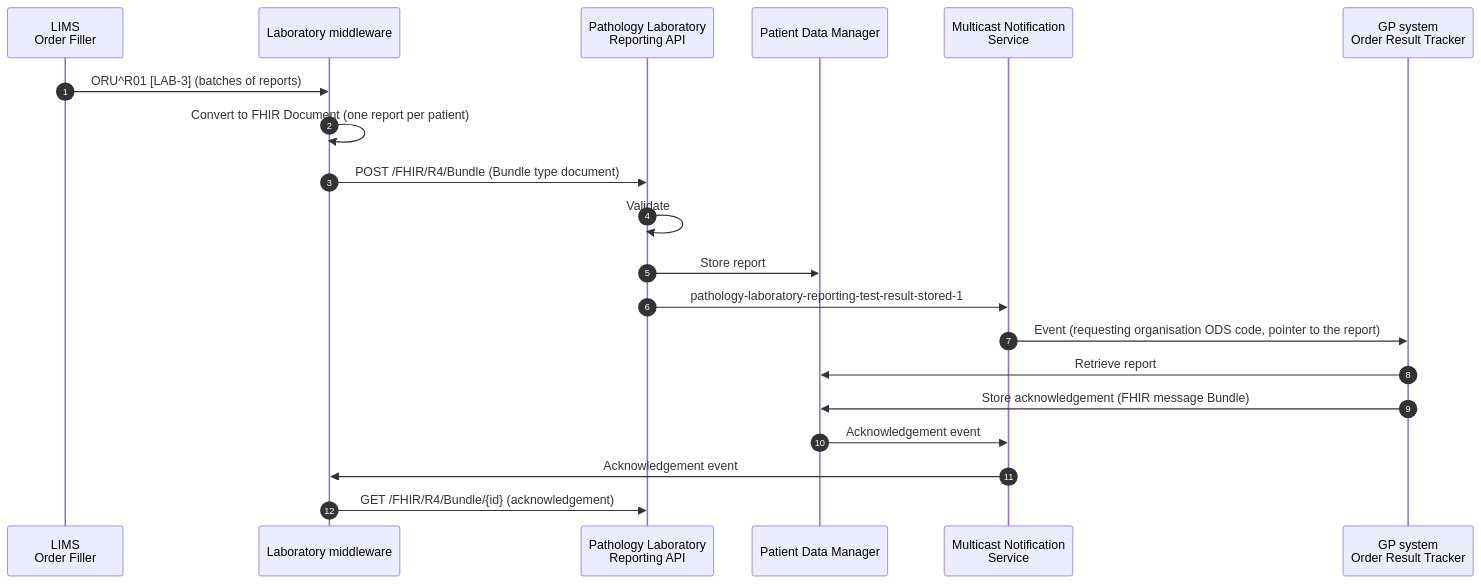
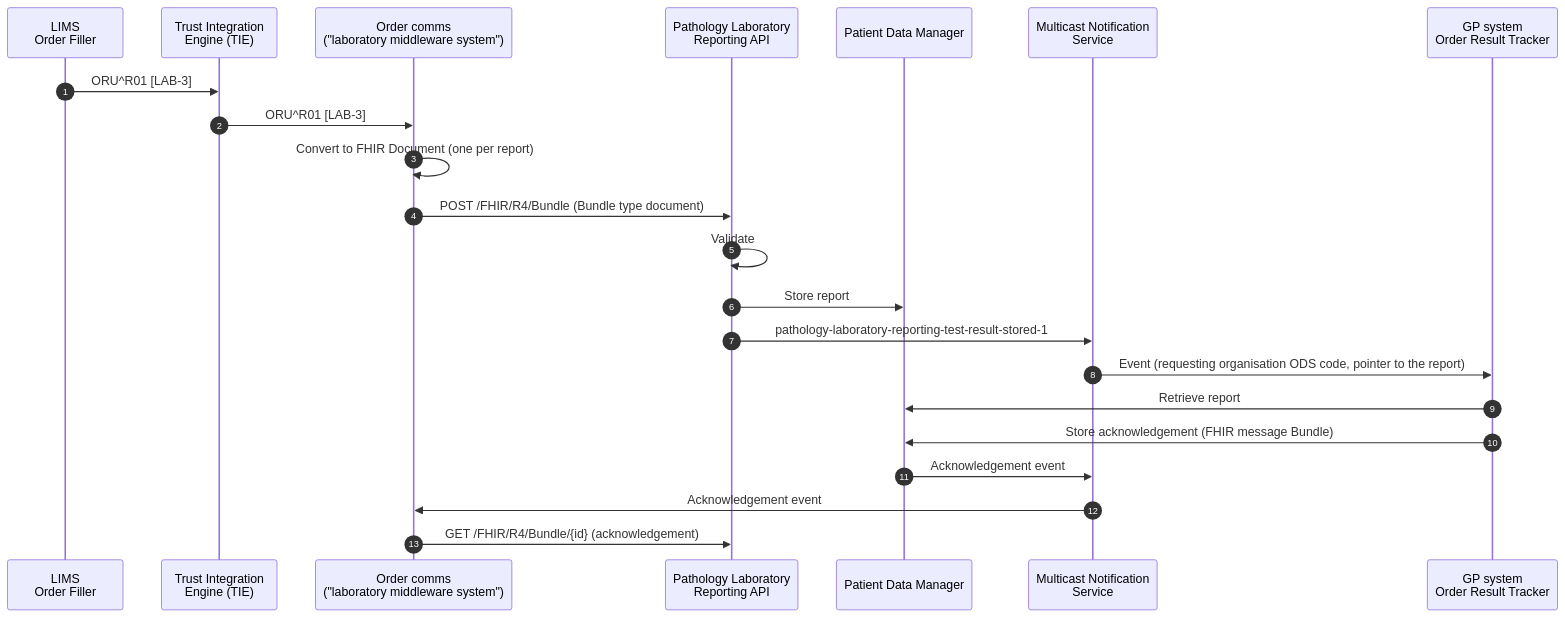
One commit to KevinMayfield/PathologyAndLaboratory changed the diagram in input/pagecontent/PathologyReportingAPI.md. Above: the diagram before and after it, drawn with Mermaid. The commit also changed other lines of this file and 59 other files, not shown here.

````diff
--- a/input/pagecontent/PathologyReportingAPI.md
+++ b/input/pagecontent/PathologyReportingAPI.md
@@ -38,22 +61,24 @@
 ```mermaid
 sequenceDiagram
     autonumber
     participant LIMS as LIMS<br/>Order Filler
-    participant MW as Laboratory middleware
+    participant TIE as Trust Integration<br/>Engine (TIE)
+    participant MW as Order comms<br/>("laboratory middleware system")
     participant API as Pathology Laboratory<br/>Reporting API
     participant PDM as Patient Data Manager
     participant MNS as Multicast Notification<br/>Service
     participant GP as GP system<br/>Order Result Tracker
-    LIMS ->> MW: ORU^R01 [LAB-3] (batches of reports)
-    MW ->> MW: Convert to FHIR Document (one report per patient)
+    LIMS ->> TIE: ORU^R01 [LAB-3]
+    TIE ->> MW: ORU^R01 [LAB-3]
+    MW ->> MW: Convert to FHIR Document (one per report)
     MW ->> API: POST /FHIR/R4/Bundle (Bundle type document)
     API ->> API: Validate
     API ->> PDM: Store report
     API ->> MNS: pathology-laboratory-reporting-test-result-stored-1
     MNS ->> GP: Event (requesting organisation ODS code, pointer to the report)
     GP ->> PDM: Retrieve report
     GP ->> PDM: Store acknowledgement (FHIR message Bundle)
     PDM ->> MNS: Acknowledgement event
     MNS ->> MW: Acknowledgement event
     MW ->> API: GET /FHIR/R4/Bundle/{id} (acknowledgement)
 ```
````
